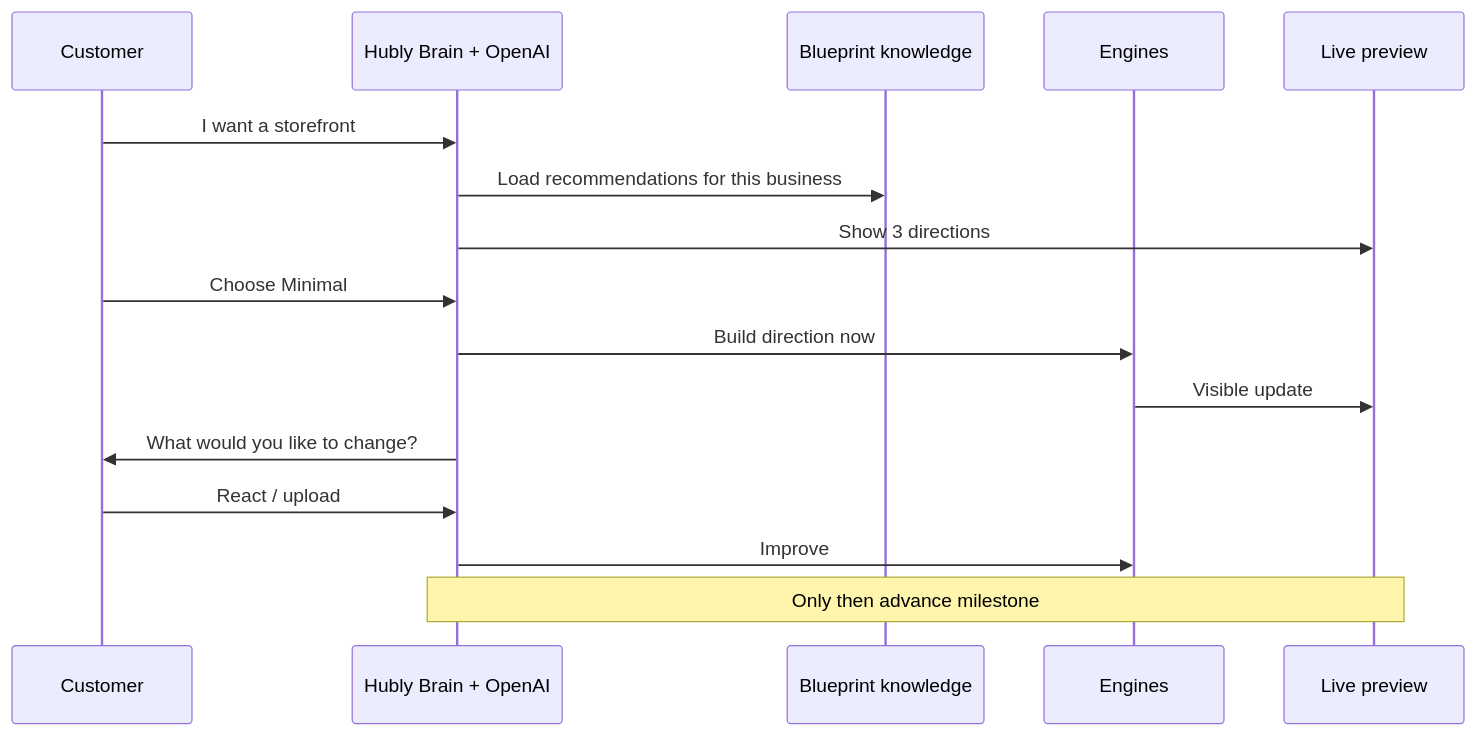
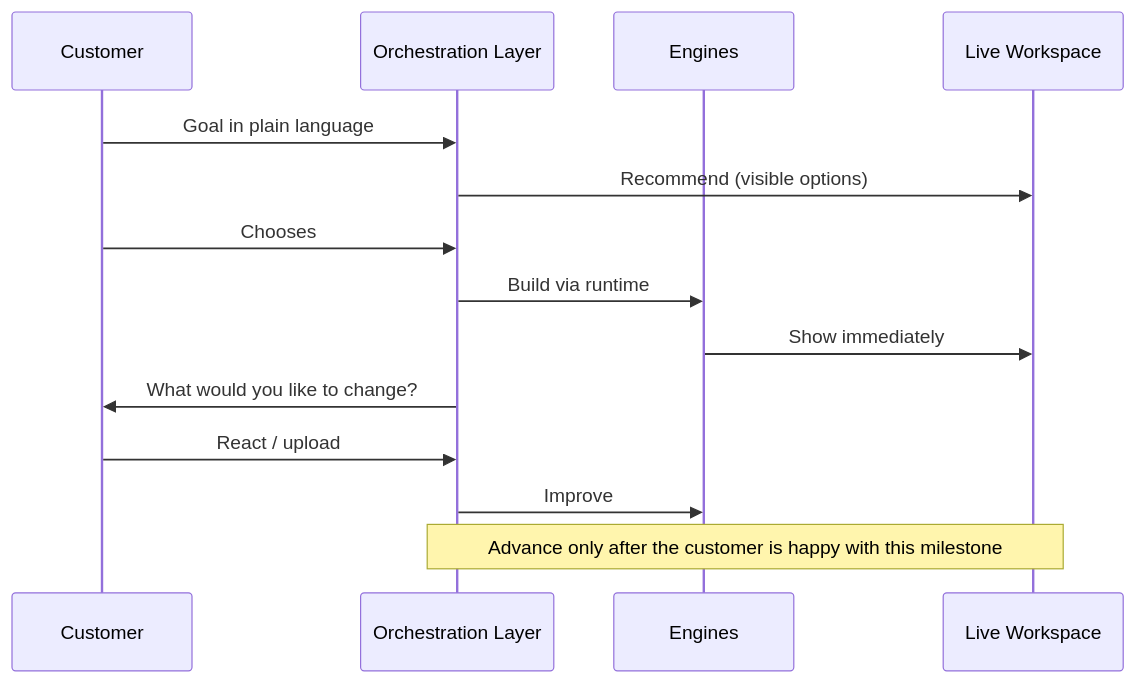
Before and after one commit to HubblyAdrian/Hubly: the fifth of 6 diagrams in docs/architecture/HUBLY_AI_V2_ARCHITECTURE_REVIEW.md, drawn with Mermaid. The commit also changed other lines of this file, not shown here.

First line of the commit message:
Expand AI V2 architecture into long-term Hubly OS blueprint

````diff
--- a/docs/architecture/HUBLY_AI_V2_ARCHITECTURE_REVIEW.md
+++ b/docs/architecture/HUBLY_AI_V2_ARCHITECTURE_REVIEW.md
@@ -300,19 +187,17 @@
 ```mermaid
 sequenceDiagram
   participant C as Customer
-  participant AI as Hubly Brain + OpenAI
-  participant BP as Blueprint knowledge
+  participant AI as Orchestration Layer
   participant E as Engines
-  participant P as Live preview
+  participant W as Live Workspace
 
-  C->>AI: I want a storefront
-  AI->>BP: Load recommendations for this business
-  AI->>P: Show 3 directions
-  C->>AI: Choose Minimal
-  AI->>E: Build direction now
-  E->>P: Visible update
+  C->>AI: Goal in plain language
+  AI->>W: Recommend (visible options)
+  C->>AI: Chooses
+  AI->>E: Build via runtime
+  E->>W: Show immediately
   AI->>C: What would you like to change?
   C->>AI: React / upload
   AI->>E: Improve
-  Note over AI,P: Only then advance milestone
+  Note over AI,W: Advance only after the customer is happy with this milestone
 ```
````
